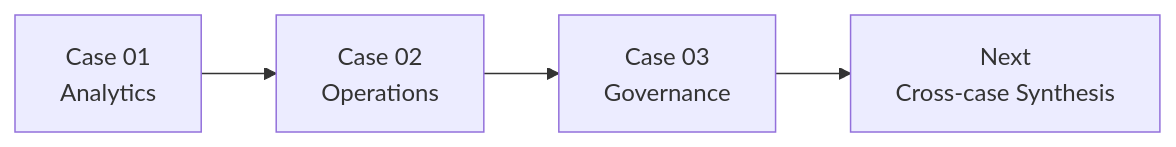
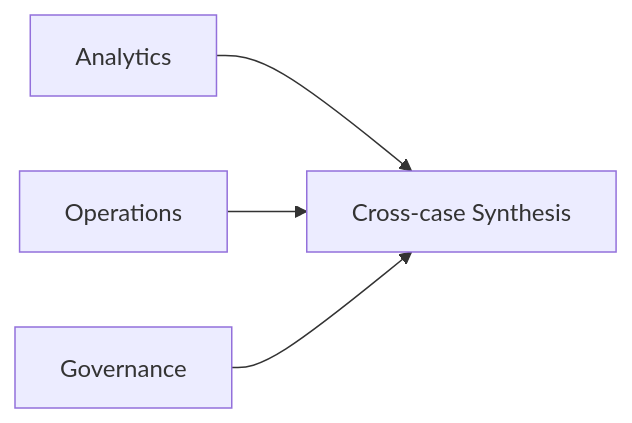
The diagram in docs/case-studies/README.md (XiaoWeiKIN/datahub-research), drawn with Mermaid before and after one commit. The commit also changed other lines of this file, not shown here.

Commit message:
docs: complete phase three case study synthesis

```diff
--- a/docs/case-studies/README.md
+++ b/docs/case-studies/README.md
@@ -18,9 +19,11 @@
 ~~~mermaid
 flowchart LR
-    C1[Case 01<br/>Analytics]
-    C2[Case 02<br/>Operations]
-    C3[Case 03<br/>Governance]
-    C4[Next<br/>Cross-case Synthesis]
+    C1[Analytics]
+    C2[Operations]
+    C3[Governance]
+    SYN[Cross-case Synthesis]
 
-    C1 --> C2 --> C3 --> C4
+    C1 --> SYN
+    C2 --> SYN
+    C3 --> SYN
 ~~~
```
